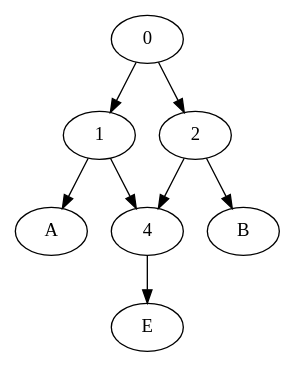
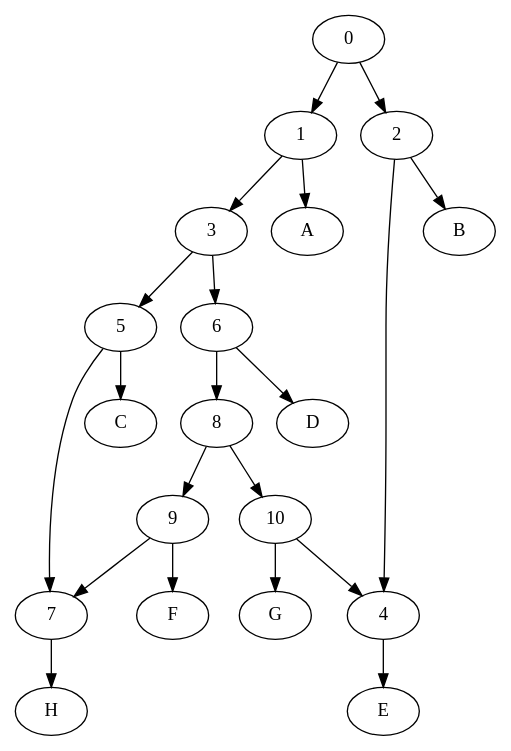
One commit to KSjors/TriL2Net changed the diagram in Digraph.gv. Above: the diagram before and after it, drawn with Graphviz. The commit also changed 6 other files, not shown here.

```diff
--- a/Digraph.gv
+++ b/Digraph.gv
@@ -1,9 +1,22 @@
 digraph {
 	0 -> 1
 	0 -> 2
-	1 -> 4
+	1 -> 3
 	1 -> A
 	2 -> 4
 	2 -> B
+	3 -> 5
+	3 -> 6
 	4 -> E
+	5 -> 7
+	5 -> C
+	6 -> 8
+	6 -> D
+	7 -> H
+	8 -> 9
+	8 -> 10
+	9 -> 7
+	9 -> F
+	10 -> 4
+	10 -> G
 }
```
